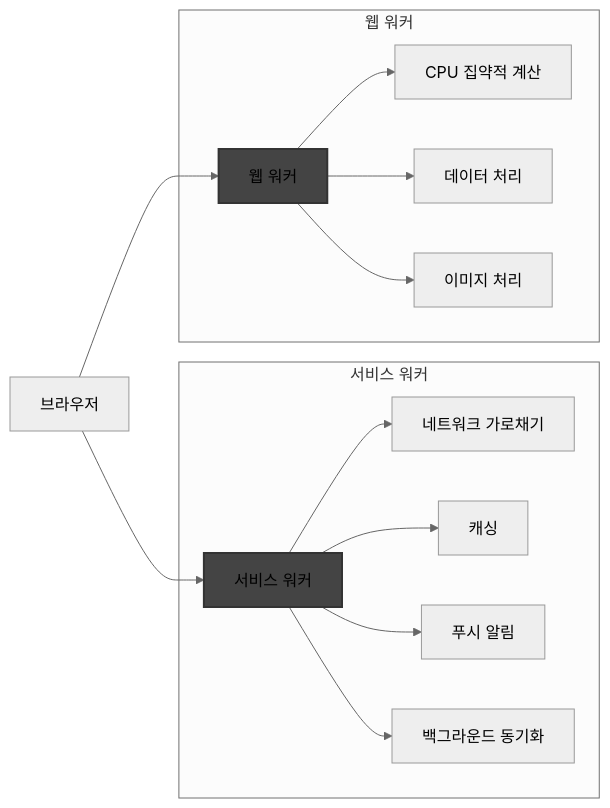
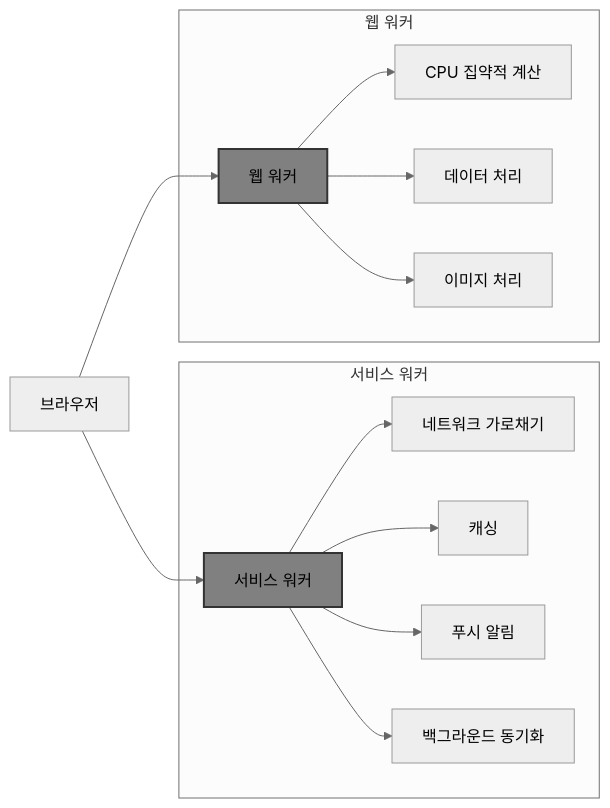
One commit to KalGookSoo/service-worker-basic changed the third of 3 diagrams in chapters/01-1_what_is_service_worker.md. Above: the diagram before and after it, drawn with Mermaid (neutral theme). The commit also changed 3 other files, not shown here.

First line of the commit message:
docs: 다이어그램 스타일 색상 업데이트

````diff
--- a/chapters/01-1_what_is_service_worker.md
+++ b/chapters/01-1_what_is_service_worker.md
@@ -91,21 +91,21 @@
 ```mermaid
 graph LR
     subgraph "서비스 워커"
         SW[서비스 워커] --> NI[네트워크 가로채기]
         SW --> C[캐싱]
         SW --> P[푸시 알림]
         SW --> BS[백그라운드 동기화]
     end
     
     subgraph "웹 워커"
         WW[웹 워커] --> CP[CPU 집약적 계산]
         WW --> DP[데이터 처리]
         WW --> IP[이미지 처리]
     end
     
     Browser[브라우저] --> SW
     Browser --> WW
     
-    style SW fill:#444,stroke:#333,stroke-width:2px
-    style WW fill:#444,stroke:#333,stroke-width:2px
+    style SW fill:#808080,stroke:#333,stroke-width:2px
+    style WW fill:#808080,stroke:#333,stroke-width:2px
 ```
````
